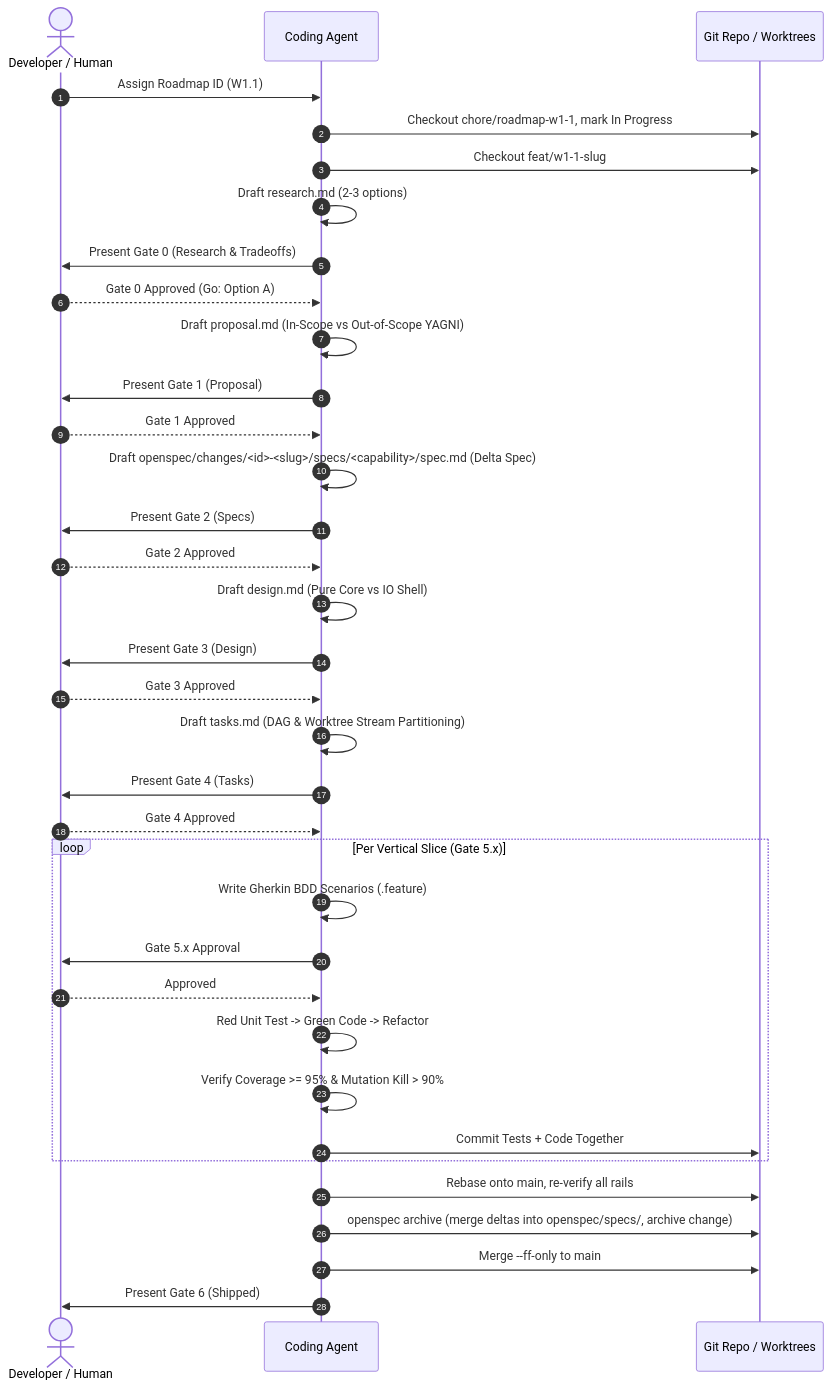
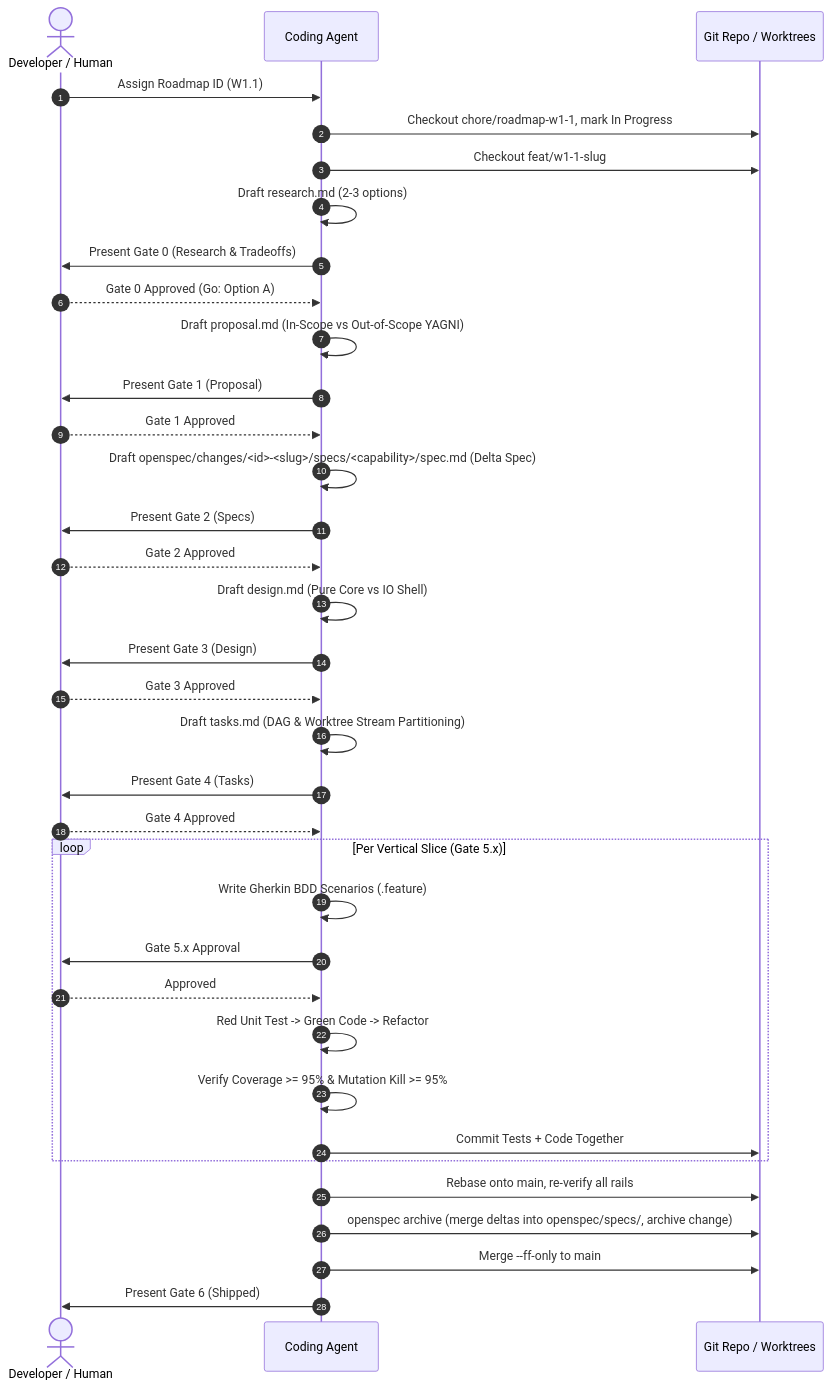
One commit to mgabs/spec-rails changed the third of 4 diagrams in docs/WAY_OF_WORKING.md. Above: the diagram before and after it, drawn with Mermaid. The commit also changed other lines of this file and 37 other files, not shown here.

````diff
--- a/docs/WAY_OF_WORKING.md
+++ b/docs/WAY_OF_WORKING.md
@@ -103,44 +103,44 @@
 ```mermaid
 sequenceDiagram
     autonumber
     actor Human as Developer / Human
     participant Agent as Coding Agent
     participant Git as Git Repo / Worktrees
 
     Human->>Agent: Assign Roadmap ID (W1.1)
     Agent->>Git: Checkout chore/roadmap-w1-1, mark In Progress
     Agent->>Git: Checkout feat/w1-1-slug
     Agent->>Agent: Draft research.md (2-3 options)
     Agent->>Human: Present Gate 0 (Research & Tradeoffs)
     Human-->>Agent: Gate 0 Approved (Go: Option A)
 
     Agent->>Agent: Draft proposal.md (In-Scope vs Out-of-Scope YAGNI)
     Agent->>Human: Present Gate 1 (Proposal)
     Human-->>Agent: Gate 1 Approved
 
     Agent->>Agent: Draft openspec/changes/<id>-<slug>/specs/<capability>/spec.md (Delta Spec)
     Agent->>Human: Present Gate 2 (Specs)
     Human-->>Agent: Gate 2 Approved
 
     Agent->>Agent: Draft design.md (Pure Core vs IO Shell)
     Agent->>Human: Present Gate 3 (Design)
     Human-->>Agent: Gate 3 Approved
 
     Agent->>Agent: Draft tasks.md (DAG & Worktree Stream Partitioning)
     Agent->>Human: Present Gate 4 (Tasks)
     Human-->>Agent: Gate 4 Approved
 
     loop Per Vertical Slice (Gate 5.x)
         Agent->>Agent: Write Gherkin BDD Scenarios (.feature)
         Agent->>Human: Gate 5.x Approval
         Human-->>Agent: Approved
         Agent->>Agent: Red Unit Test -> Green Code -> Refactor
-        Agent->>Agent: Verify Coverage >= 95% & Mutation Kill > 90%
+        Agent->>Agent: Verify Coverage >= 95% & Mutation Kill >= 95%
         Agent->>Git: Commit Tests + Code Together
     end
 
     Agent->>Git: Rebase onto main, re-verify all rails
     Agent->>Git: openspec archive (merge deltas into openspec/specs/, archive change)
     Agent->>Git: Merge --ff-only to main
     Agent->>Human: Present Gate 6 (Shipped)
 ```
````
